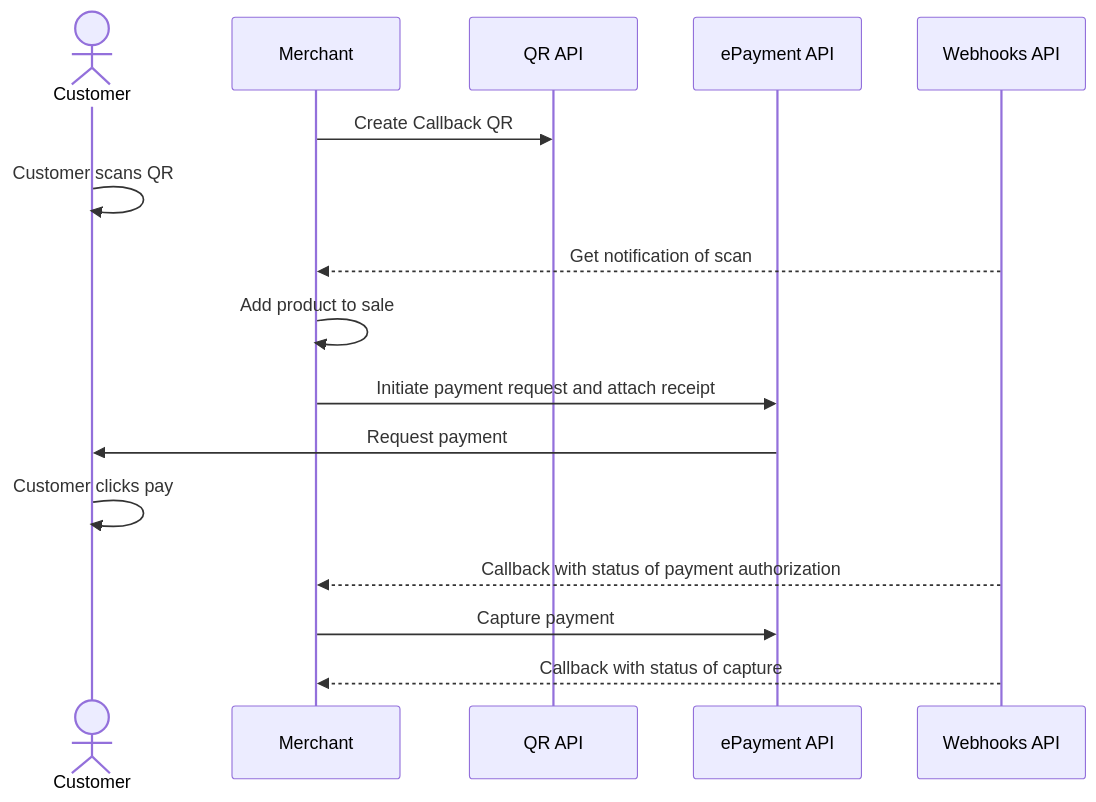
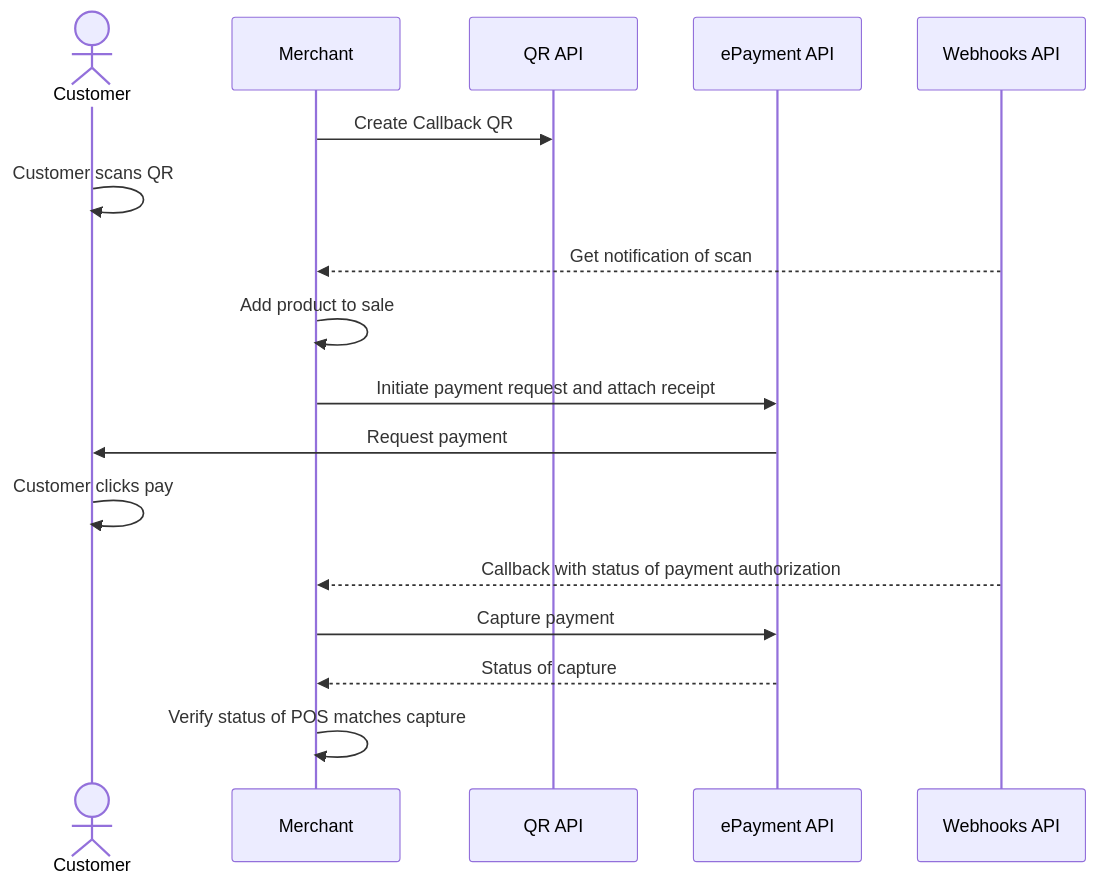
Before and after one commit to vippsas/vipps-solutions: the diagram in static-qr-at-pos/README.md, drawn with Mermaid. The commit also changed 14 other files, not shown here.

Commit message:
Update capture callback everywhere

````diff
--- a/static-qr-at-pos/README.md
+++ b/static-qr-at-pos/README.md
@@ -184,19 +184,20 @@
 ``` mermaid
 sequenceDiagram
     actor C as Customer
     participant M as Merchant
     participant QR as QR API
     participant ePayment as ePayment API
     participant Webhooks as Webhooks API
 
     M->>QR: Create Callback QR
     C->>C: Customer scans QR
     Webhooks-->>M: Get notification of scan
     M->>M: Add product to sale
     M->>ePayment: Initiate payment request and attach receipt
     ePayment->>C: Request payment
     C->>C: Customer clicks pay
     Webhooks-->>M: Callback with status of payment authorization
     M->>ePayment: Capture payment
-    Webhooks-->>M: Callback with status of capture
+    ePayment-->>M: Status of capture
+    M->>M: Verify status of POS matches capture
 ```
````
